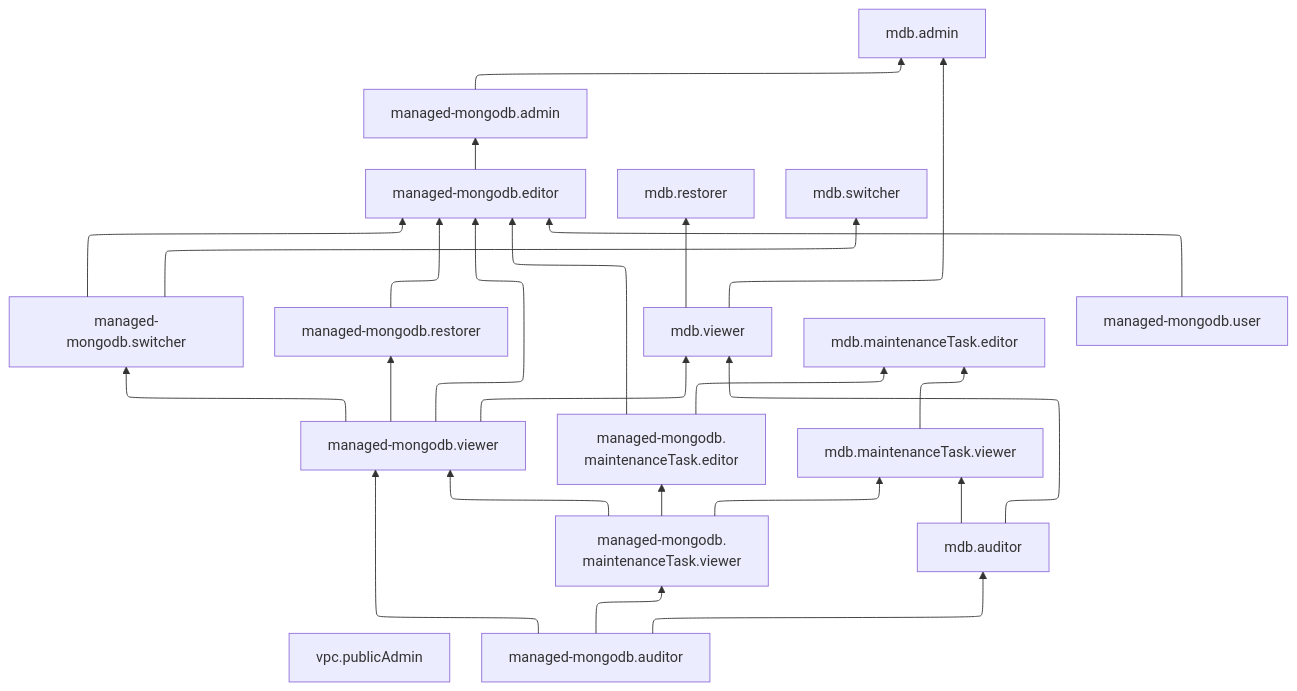
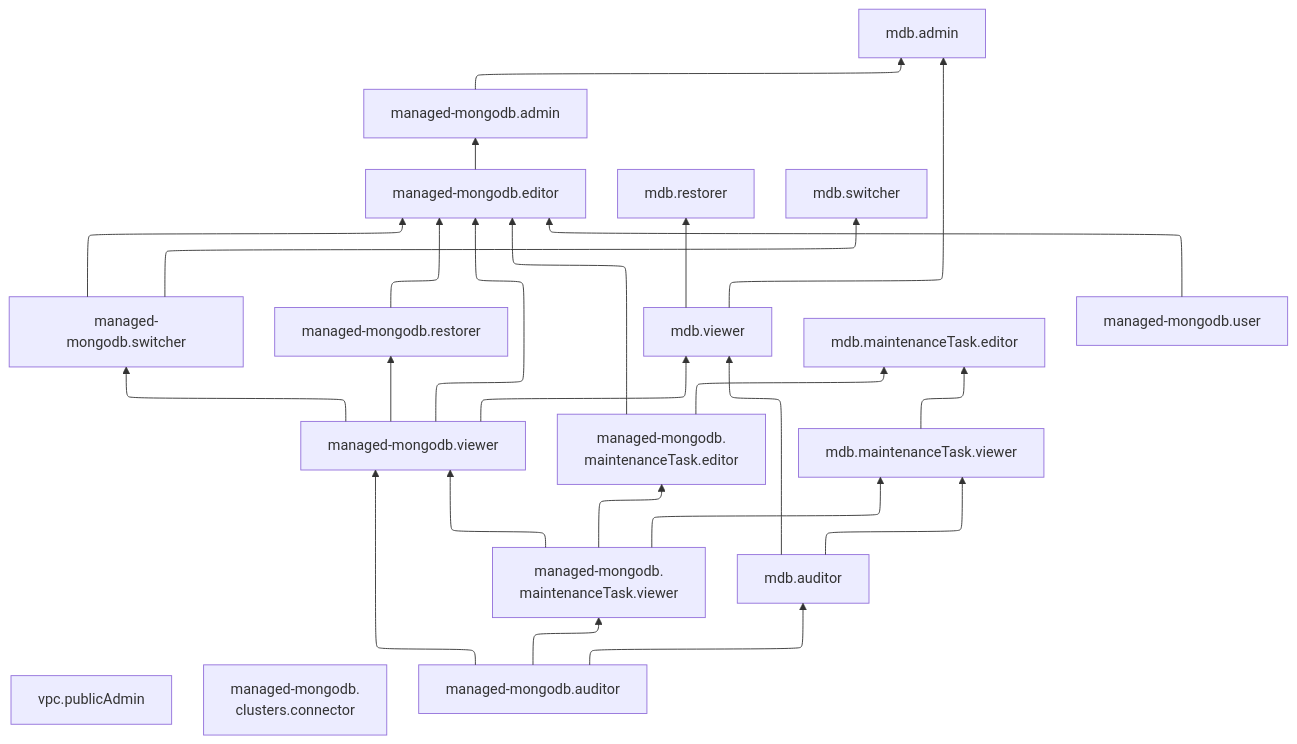
The diagram in ru/_mermaid/roles/managed-storedoc.md (yandex-cloud/docs), drawn with Mermaid before and after one commit. The commit also changed 1175 other files, not shown here.

````diff
--- a/ru/_mermaid/roles/managed-storedoc.md
+++ b/ru/_mermaid/roles/managed-storedoc.md
@@ -1,31 +1,33 @@
 ```mermaid
 %%{
   init: {
     "flowchart": { "defaultRenderer": "elk" },
     "elk": { "nodePlacementStrategy": "NETWORK_SIMPLEX" }
   }
 }%%
 flowchart BT
     vpc.publicAdmin
+    managed-mongodb.clusters.connector["`managed-mongodb.
+    clusters.connector`"]
     managed-mongodb.viewer --> managed-mongodb.switcher
     managed-mongodb.maintenanceTask.viewer --> managed-mongodb.viewer
     managed-mongodb.switcher --> managed-mongodb.editor
     managed-mongodb.auditor --> managed-mongodb.viewer --> managed-mongodb.restorer
     managed-mongodb.restorer --> managed-mongodb.editor
     managed-mongodb.viewer --> managed-mongodb.editor
     managed-mongodb.maintenanceTask.editor --> managed-mongodb.editor
     managed-mongodb.auditor --> managed-mongodb.maintenanceTask.viewer["`managed-mongodb.
     maintenanceTask.viewer`"]
     managed-mongodb.editor --> managed-mongodb.admin
     managed-mongodb.maintenanceTask.viewer --> managed-mongodb.maintenanceTask.editor["`managed-mongodb.
     maintenanceTask.editor`"]
     managed-mongodb.auditor --> mdb.auditor --> mdb.viewer --> mdb.admin
     managed-mongodb.viewer --> mdb.viewer --> mdb.restorer
     mdb.auditor --> mdb.maintenanceTask.viewer
     mdb.maintenanceTask.viewer --> mdb.maintenanceTask.editor
     managed-mongodb.maintenanceTask.viewer --> mdb.maintenanceTask.viewer
     managed-mongodb.maintenanceTask.editor --> mdb.maintenanceTask.editor
     managed-mongodb.admin --> mdb.admin
     managed-mongodb.switcher --> mdb.switcher
     managed-mongodb.user --> managed-mongodb.editor
 ```
````
